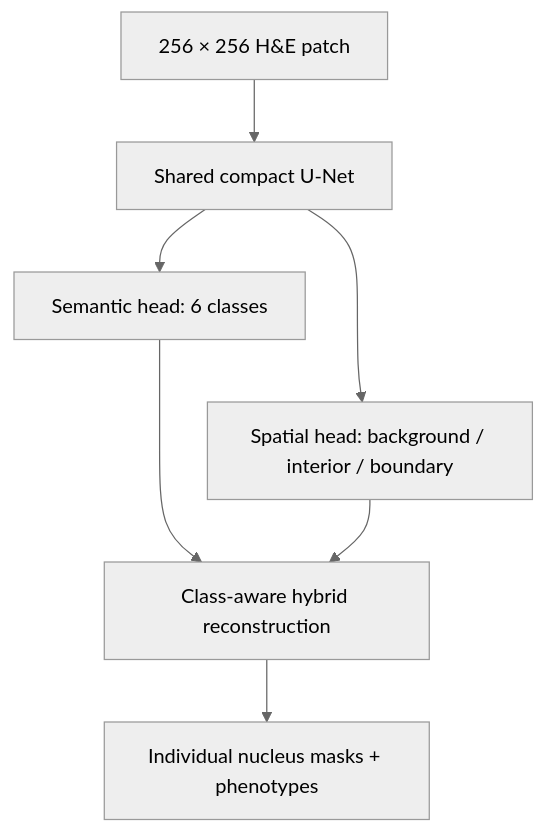
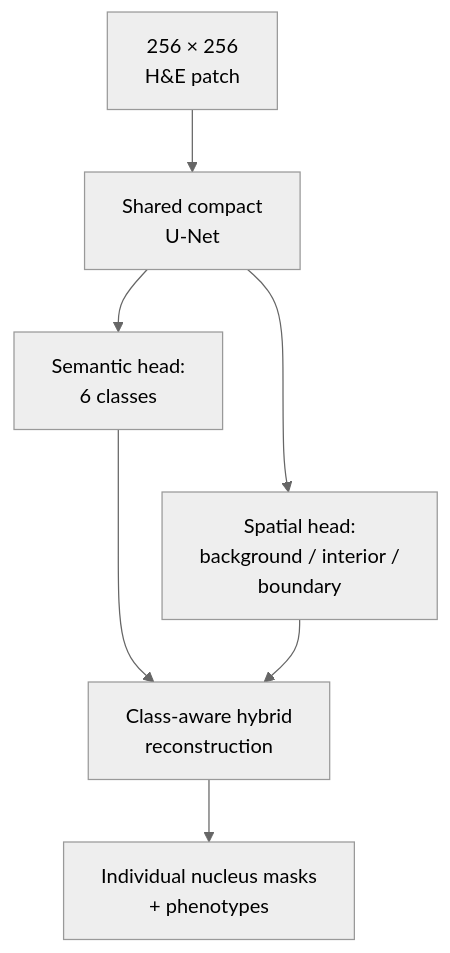
Before and after one commit to rane-mahfoud/pancancer-nuclei-dashboard: the first of 2 diagrams in README.md, drawn with Mermaid (neutral theme).

Commit message:
Wrap README diagram labels

````diff
--- a/README.md
+++ b/README.md
@@ -85,10 +85,17 @@
 ```mermaid
 flowchart TD
-    A[256 × 256 H&E patch] --> B[Shared compact U-Net]
-    B --> C[Semantic head: 6 classes]
-    B --> D[Spatial head: background / interior / boundary]
+    A["`256 × 256
+H&E patch`"] --> B["`Shared compact
+U-Net`"]
+    B --> C["`Semantic head:
+6 classes`"]
+    B --> D["`Spatial head:
+background / interior /
+boundary`"]
     C ~~~ D
-    C --> E[Class-aware hybrid reconstruction]
+    C --> E["`Class-aware hybrid
+reconstruction`"]
     D --> E
-    E --> F[Individual nucleus masks + phenotypes]
+    E --> F["`Individual nucleus masks
++ phenotypes`"]
 ```
````
